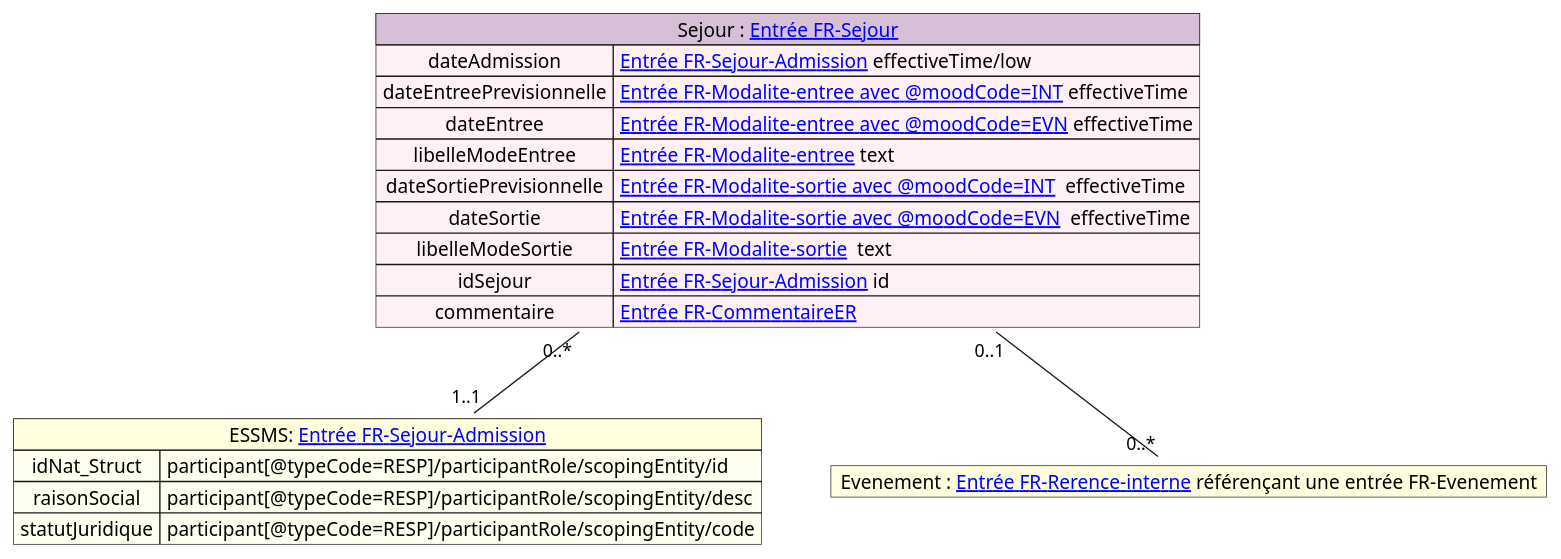
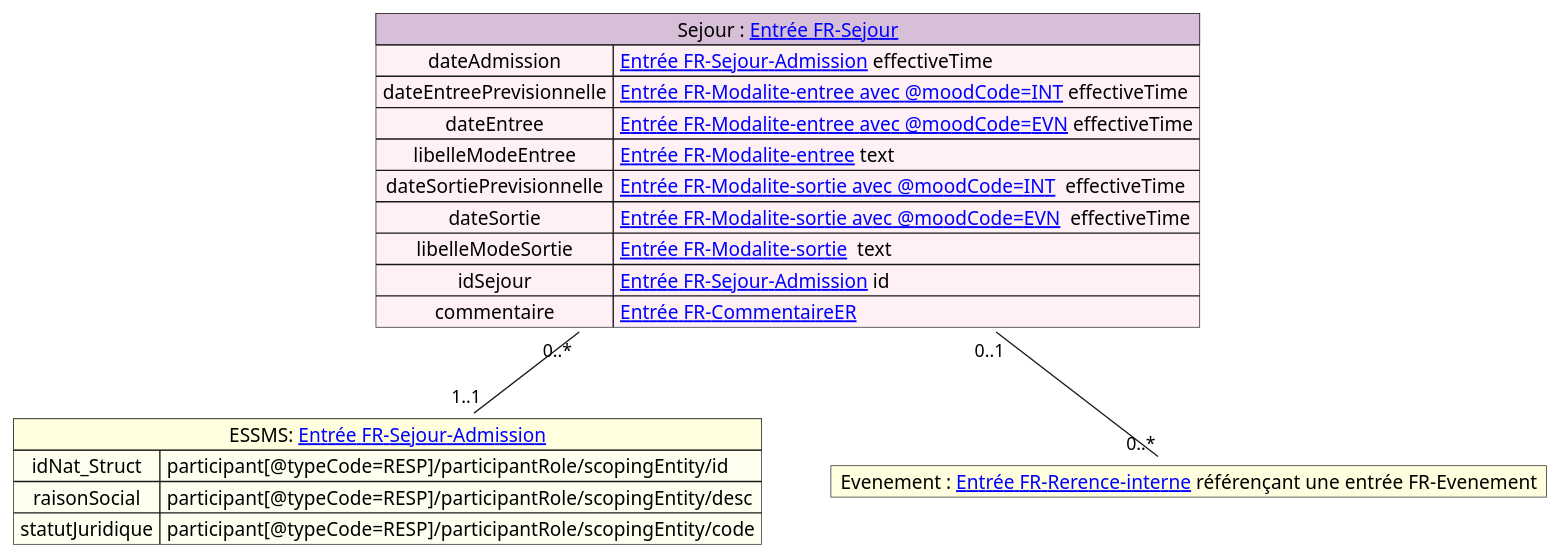
The diagram in input/images-source/mapping_sejour.plantuml (ansforge/IG-fhir-transfert-donnees-dui-esms), drawn with PlantUML before and after one commit. The commit also changed 3 other files, not shown here.

```diff
--- a/input/images-source/mapping_sejour.plantuml
+++ b/input/images-source/mapping_sejour.plantuml
@@ -1,30 +1,30 @@
 @startuml
 
 
 map "Sejour : [[contenu_dossier_corps_cda.html Entrée FR-Sejour]]" as Sejour #back:LavenderBlush;header:Thistle{
-    dateAdmission => [[contenu_dossier_corps_cda.html Entrée FR-Sejour-Admission]] effectiveTime/low
+    dateAdmission => [[contenu_dossier_corps_cda.html Entrée FR-Sejour-Admission]] effectiveTime
     dateEntreePrevisionnelle => [[contenu_dossier_corps_cda.html Entrée FR-Modalite-entree avec @moodCode=INT]] effectiveTime
     dateEntree => [[contenu_dossier_corps_cda.html Entrée FR-Modalite-entree avec @moodCode=EVN]] effectiveTime
     libelleModeEntree => [[contenu_dossier_corps_cda.html Entrée FR-Modalite-entree]] text
     dateSortiePrevisionnelle => [[contenu_dossier_corps_cda.html Entrée FR-Modalite-sortie avec @moodCode=INT]]  effectiveTime
     dateSortie => [[contenu_dossier_corps_cda.html Entrée FR-Modalite-sortie avec @moodCode=EVN]]  effectiveTime
     libelleModeSortie => [[contenu_dossier_corps_cda.html Entrée FR-Modalite-sortie]]  text
     idSejour => [[contenu_dossier_corps_cda.html Entrée FR-Sejour-Admission]] id
     commentaire => [[contenu_dossier_corps_cda.html Entrée FR-CommentaireER]]
 }
 
 
 map "ESSMS: [[contenu_dossier_corps_cda.html Entrée FR-Sejour-Admission]]" as ESSMS #back:Ivory;header:LightYellow {
     idNat_Struct => participant[@typeCode=RESP]/participantRole/scopingEntity/id
     raisonSocial => participant[@typeCode=RESP]/participantRole/scopingEntity/desc
     statutJuridique => participant[@typeCode=RESP]/participantRole/scopingEntity/code
 }
 
 map "Evenement : [[contenu_dossier_corps_cda.html Entrée FR-Rerence-interne]] référençant une entrée FR-Evenement" as Evenement #back:LightYellow;header:LightYellow{
 }
 
 Sejour "0..*" -- "1..1" ESSMS
 Sejour "0..1"--"0..*" Evenement
 
 
 @enduml
```
